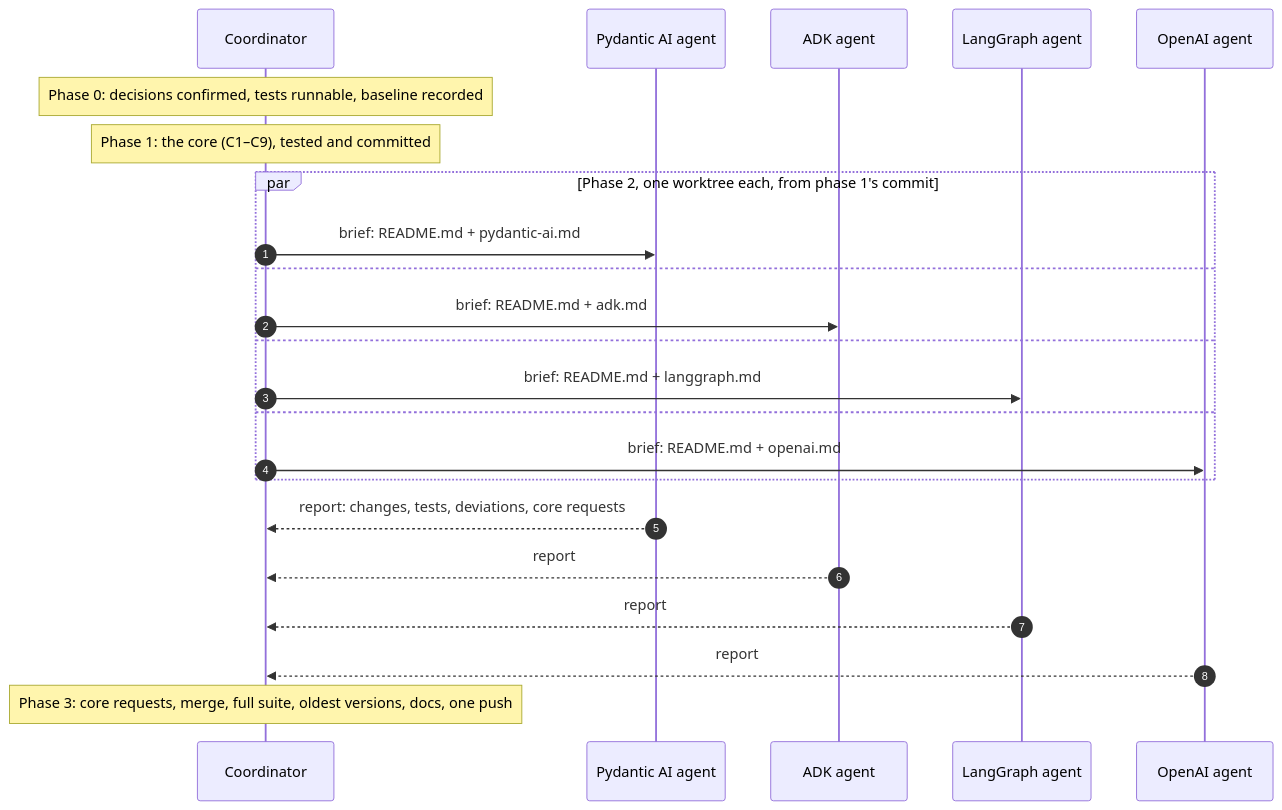
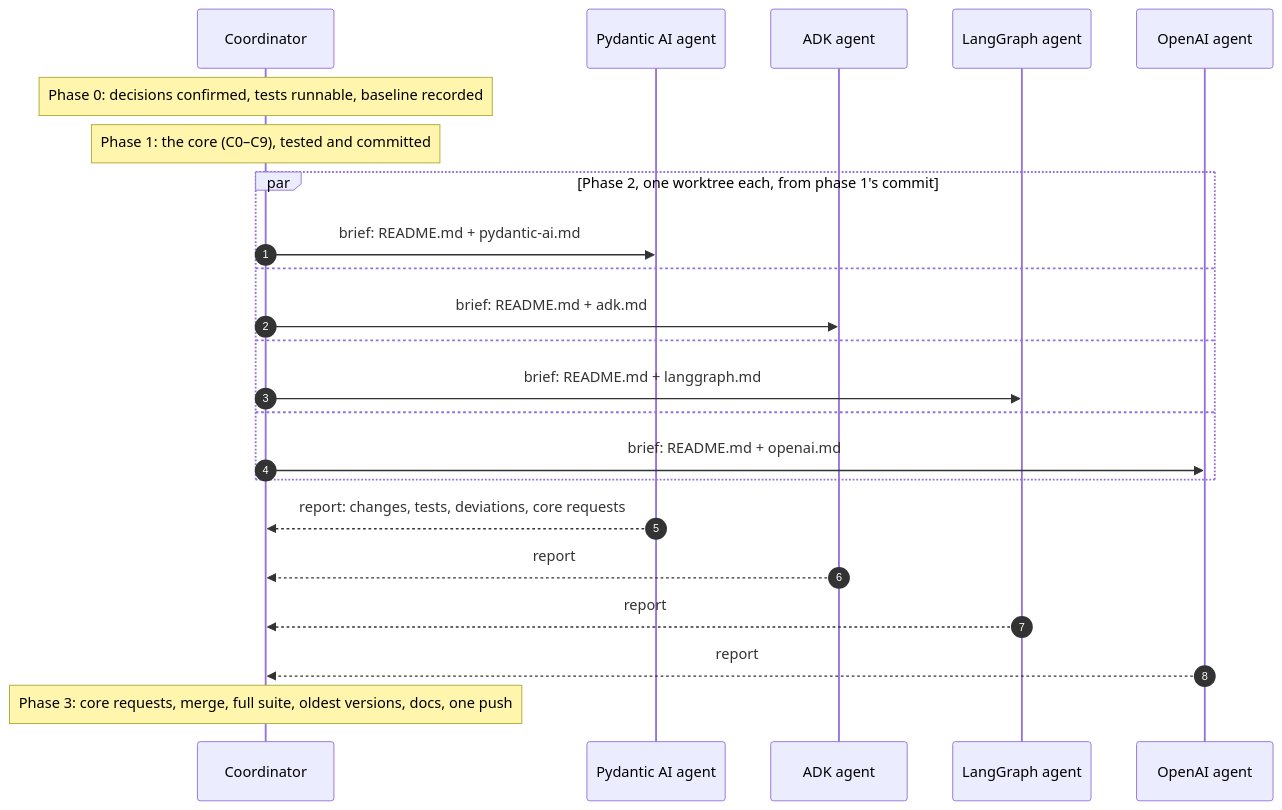
Before and after one commit to restatedev/sdk-python: the first of 2 diagrams in docs/conversation-storage/README.md, drawn with Mermaid. The commit also changed other lines of this file and 4 other files, not shown here.

````diff
--- a/docs/conversation-storage/README.md
+++ b/docs/conversation-storage/README.md
@@ -34,25 +35,25 @@
 ```mermaid
 sequenceDiagram
   autonumber
   participant C as Coordinator
   participant P as Pydantic AI agent
   participant A as ADK agent
   participant L as LangGraph agent
   participant O as OpenAI agent
   Note over C: Phase 0: decisions confirmed, tests runnable, baseline recorded
-  Note over C: Phase 1: the core (C1–C9), tested and committed
+  Note over C: Phase 1: the core (C0–C9), tested and committed
   par Phase 2, one worktree each, from phase 1's commit
     C->>P: brief: README.md + pydantic-ai.md
   and
     C->>A: brief: README.md + adk.md
   and
     C->>L: brief: README.md + langgraph.md
   and
     C->>O: brief: README.md + openai.md
   end
   P-->>C: report: changes, tests, deviations, core requests
   A-->>C: report
   L-->>C: report
   O-->>C: report
   Note over C: Phase 3: core requests, merge, full suite, oldest versions, docs, one push
 ```
````
